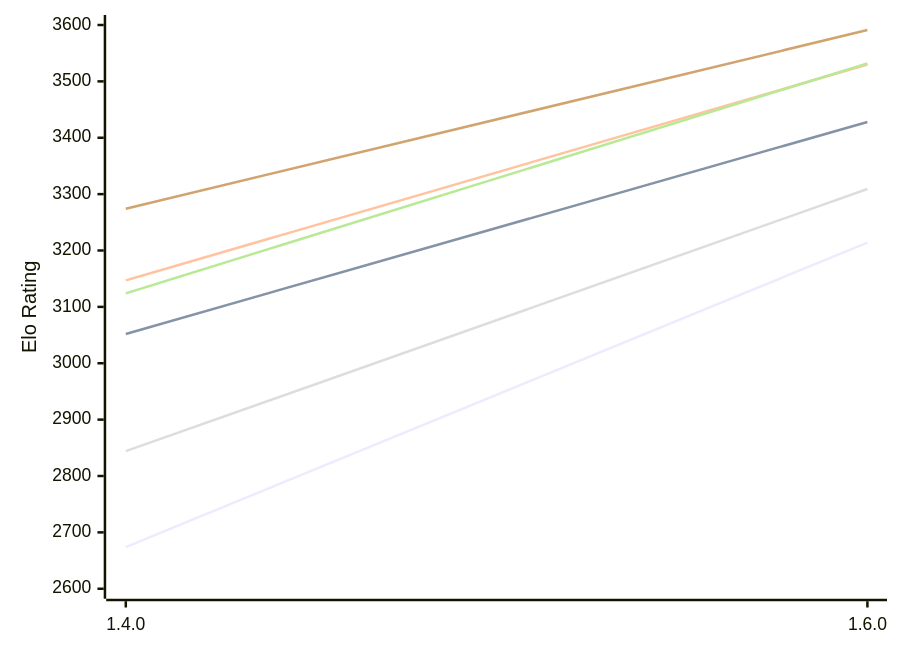
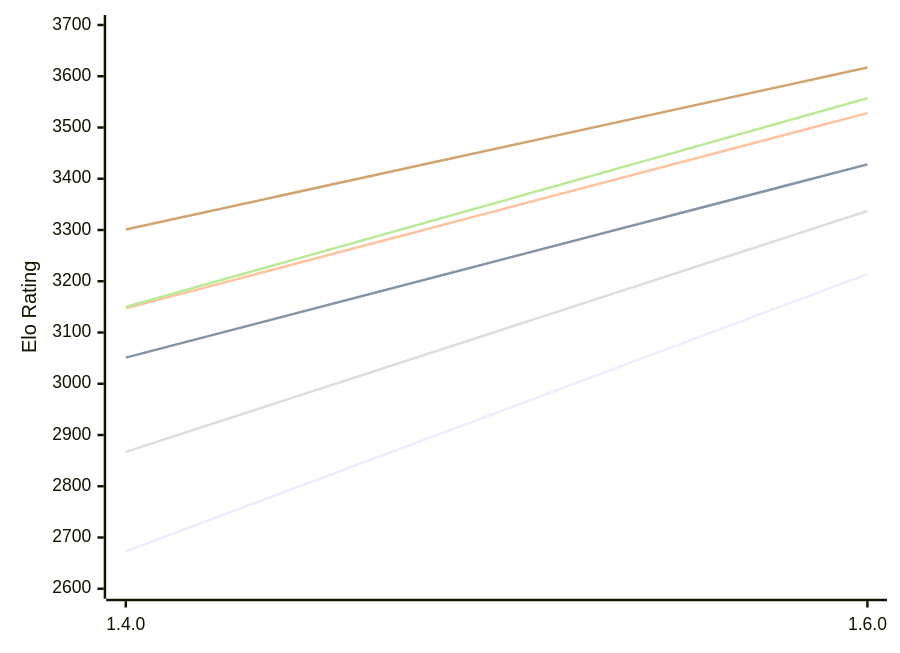
The first of 2 diagrams in engines/Gyatso.md (computer-chess-index/cci), drawn with Mermaid before and after one commit. The commit also changed other lines of this file, not shown here.

Commit message:
Update CCI Ratings (ELO VLTC) - 2026-11-04

````diff
--- a/engines/Gyatso.md
+++ b/engines/Gyatso.md
@@ -53,12 +53,12 @@
 ```mermaid
 %%{init: {"theme":"base","themeVariables":{"seriesColors:['#a3a3a3','#222221','#faa371']}}}%%
 xychart-beta
   x-axis ["1.4.0", "1.6.0"]
-  y-axis "Elo Rating" 2600 --> 3600
-  line "E1: STC (8.0+0.08s)" [2674, 3214]
-  line "E1: LTC (60.0+0.60s)" [3052, 3428]
-  line "E1: VLTC (2m24s+1.12s)" [3147, 3530]
-  line "P1: STC (8.0+0.08s)" [2844, 3309]
-  line "P1: LTC (60.0+0.60s)" [3124, 3532]
-  line "P1: VLTC (2m24s+1.12s)" [3274, 3591]
+  y-axis "Elo Rating" 2600 --> 3700
+  line "E1: STC (8.0+0.08s)" [2673, 3214]
+  line "E1: LTC (60.0+0.60s)" [3051, 3428]
+  line "E1: VLTC (2m24s+1.12s)" [3147, 3528]
+  line "P1: STC (8.0+0.08s)" [2867, 3337]
+  line "P1: LTC (60.0+0.60s)" [3150, 3557]
+  line "P1: VLTC (2m24s+1.12s)" [3301, 3617]
 ```
````
